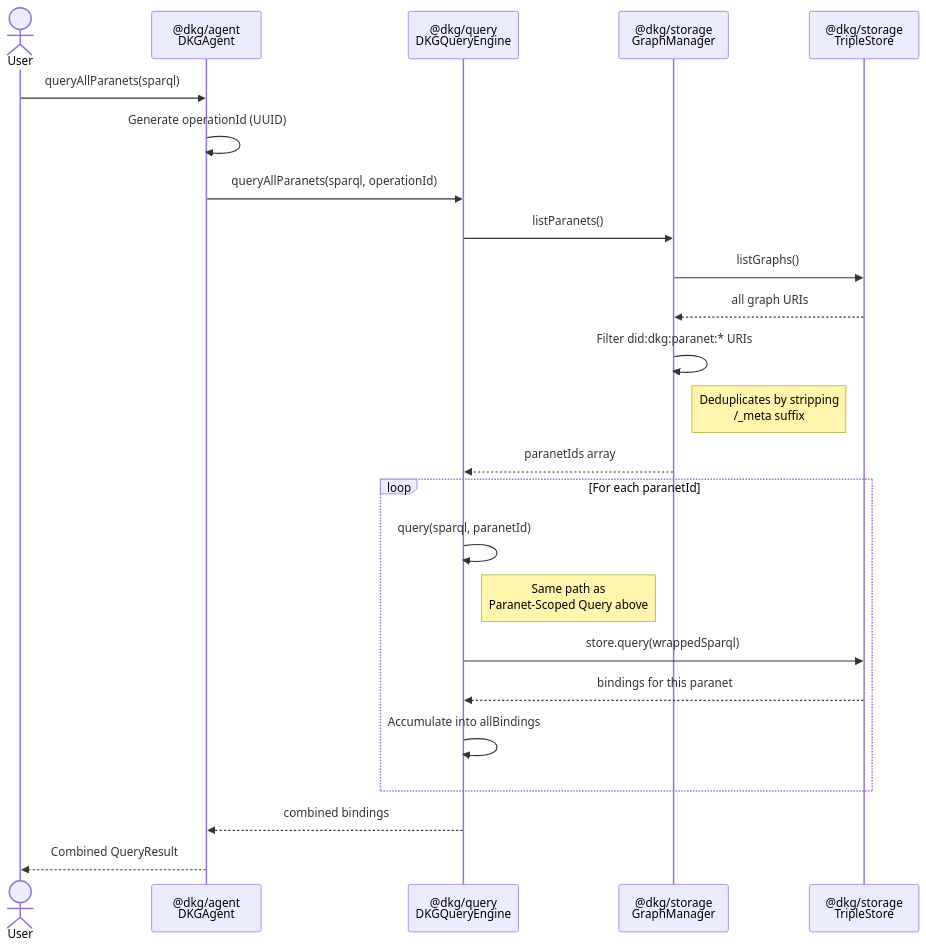
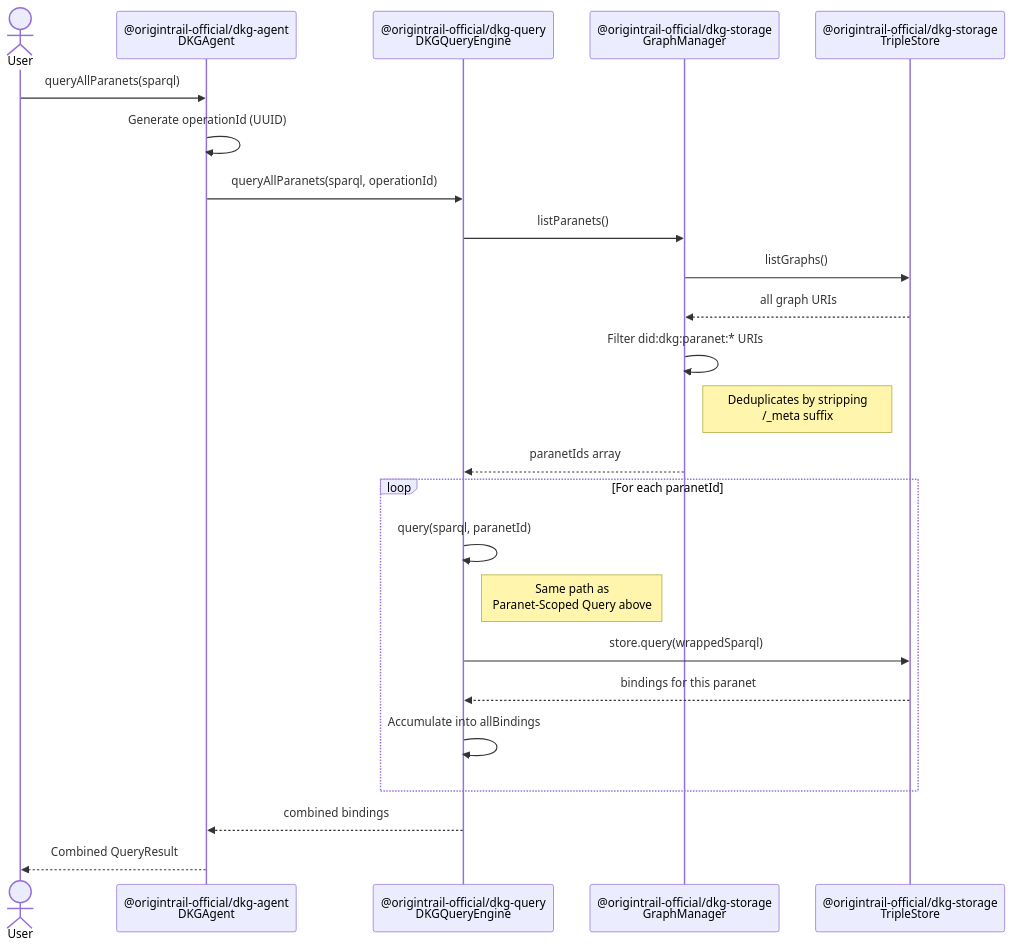
Before and after one commit to OriginTrail/dkg-v9: the second of 4 diagrams in docs/diagrams/query-flow.md, drawn with Mermaid. The commit also changed other lines of this file and 170 other files, not shown here.

First line of the commit message:
feat: rename packages to @origintrail-official scope and prepare npm publishing

````diff
--- a/docs/diagrams/query-flow.md
+++ b/docs/diagrams/query-flow.md
@@ -54,30 +54,30 @@
 ```mermaid
 sequenceDiagram
     actor User
-    participant Agent as @dkg/agent<br/>DKGAgent
-    participant QueryEngine as @dkg/query<br/>DKGQueryEngine
-    participant GraphMgr as @dkg/storage<br/>GraphManager
-    participant Store as @dkg/storage<br/>TripleStore
+    participant Agent as @origintrail-official/dkg-agent<br/>DKGAgent
+    participant QueryEngine as @origintrail-official/dkg-query<br/>DKGQueryEngine
+    participant GraphMgr as @origintrail-official/dkg-storage<br/>GraphManager
+    participant Store as @origintrail-official/dkg-storage<br/>TripleStore
 
     User ->> Agent: queryAllParanets(sparql)
     Agent ->> Agent: Generate operationId (UUID)
     Agent ->> QueryEngine: queryAllParanets(sparql, operationId)
 
     QueryEngine ->> GraphMgr: listParanets()
     GraphMgr ->> Store: listGraphs()
     Store -->> GraphMgr: all graph URIs
     GraphMgr ->> GraphMgr: Filter did:dkg:paranet:* URIs
     Note right of GraphMgr: Deduplicates by stripping<br/>/_meta suffix
     GraphMgr -->> QueryEngine: paranetIds array
 
     loop For each paranetId
         QueryEngine ->> QueryEngine: query(sparql, paranetId)
         Note right of QueryEngine: Same path as<br/>Paranet-Scoped Query above
         QueryEngine ->> Store: store.query(wrappedSparql)
         Store -->> QueryEngine: bindings for this paranet
         QueryEngine ->> QueryEngine: Accumulate into allBindings
     end
 
     QueryEngine -->> Agent: combined bindings
     Agent -->> User: Combined QueryResult
 ```
````
